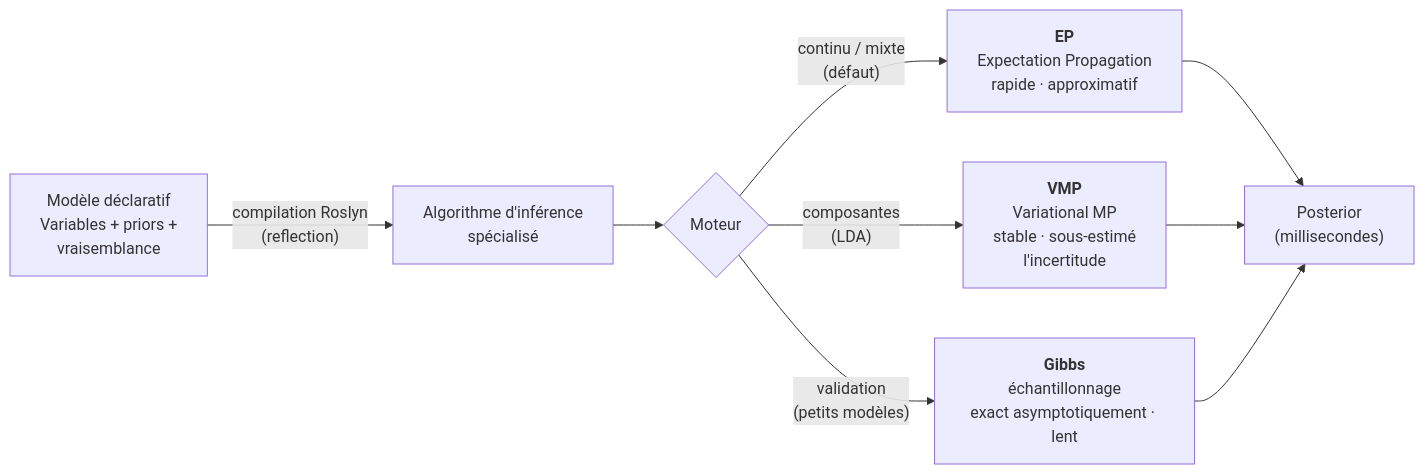
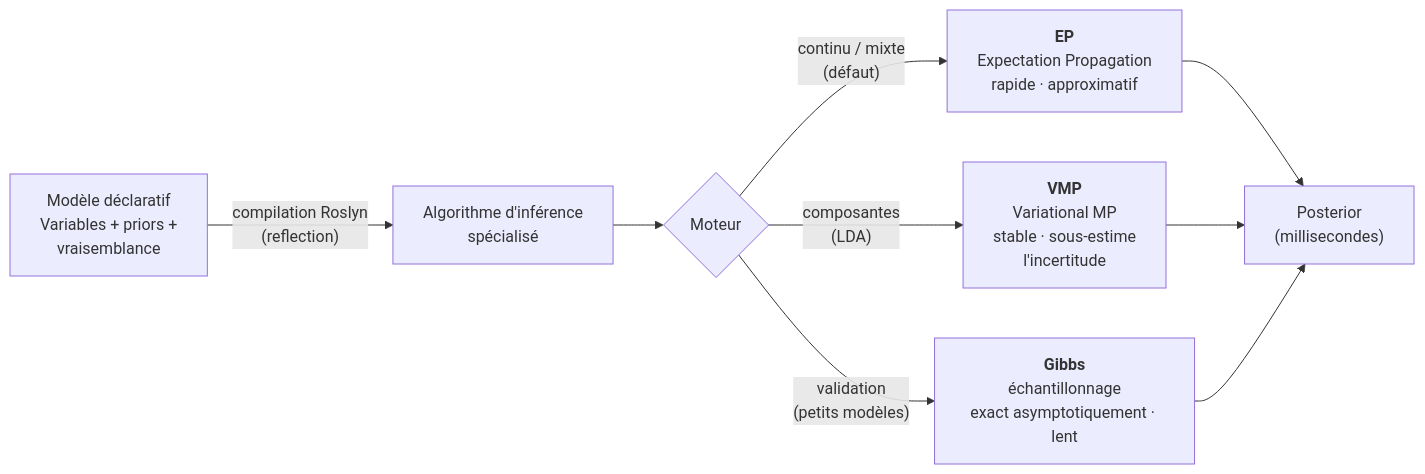
Before and after one commit to jsboige/CoursIA: the first of 2 diagrams in MyIA.AI.Notebooks/Probas/Infer/README.md, drawn with Mermaid. The commit also changed other lines of this file, not shown here.

Commit message:
fix(probas): revert 2 verbal accents in Infer README — sous-estime (verb, not participle)
ai-01 flagged regression in #4502: 'VMP sous-estime l'incertitude' is 3rd-person
present tense (no accent), not a past participle. Revert 2 occurrences introduced
by the accents pass: prose (line 11) + Mermaid VMP node (line 24). The participle
'incertitude sous-estimee' (line 31, feminine agreement) is CORRECT and preserved.

See #2876

````diff
--- a/MyIA.AI.Notebooks/Probas/Infer/README.md
+++ b/MyIA.AI.Notebooks/Probas/Infer/README.md
@@ -19,11 +19,11 @@
 ```mermaid
 flowchart LR
     MOD["Modèle déclaratif<br/>Variables + priors +<br/>vraisemblance"] -->|"compilation Roslyn<br/>(reflection)"| SPEC["Algorithme d'inférence<br/>spécialisé"]
     SPEC --> ENG{"Moteur"}
     ENG -->|"continu / mixte<br/>(défaut)"| EP["<b>EP</b><br/>Expectation Propagation<br/>rapide · approximatif"]
-    ENG -->|"composantes<br/>(LDA)"| VMP["<b>VMP</b><br/>Variational MP<br/>stable · sous-estimé<br/>l'incertitude"]
+    ENG -->|"composantes<br/>(LDA)"| VMP["<b>VMP</b><br/>Variational MP<br/>stable · sous-estime<br/>l'incertitude"]
     ENG -->|"validation<br/>(petits modèles)"| GIBBS["<b>Gibbs</b><br/>échantillonnage<br/>exact asymptotiquement · lent"]
     EP --> POST["Posterior<br/>(millisecondes)"]
     VMP --> POST
     GIBBS --> POST
 ```
````
